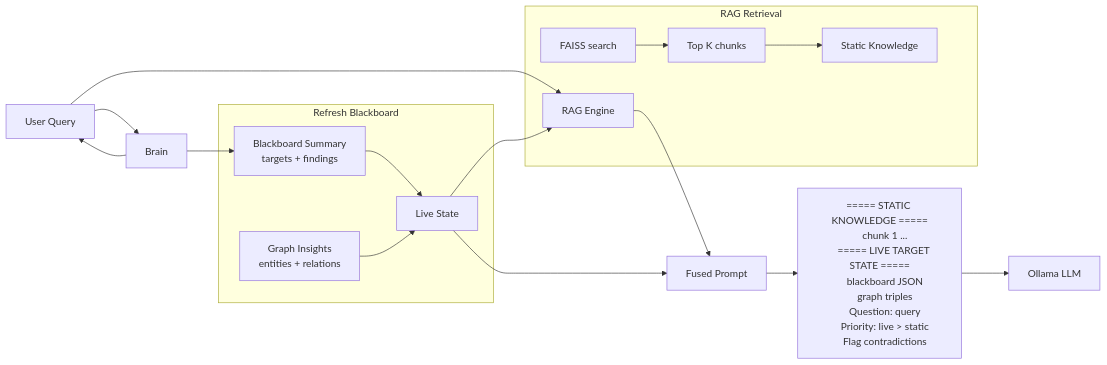
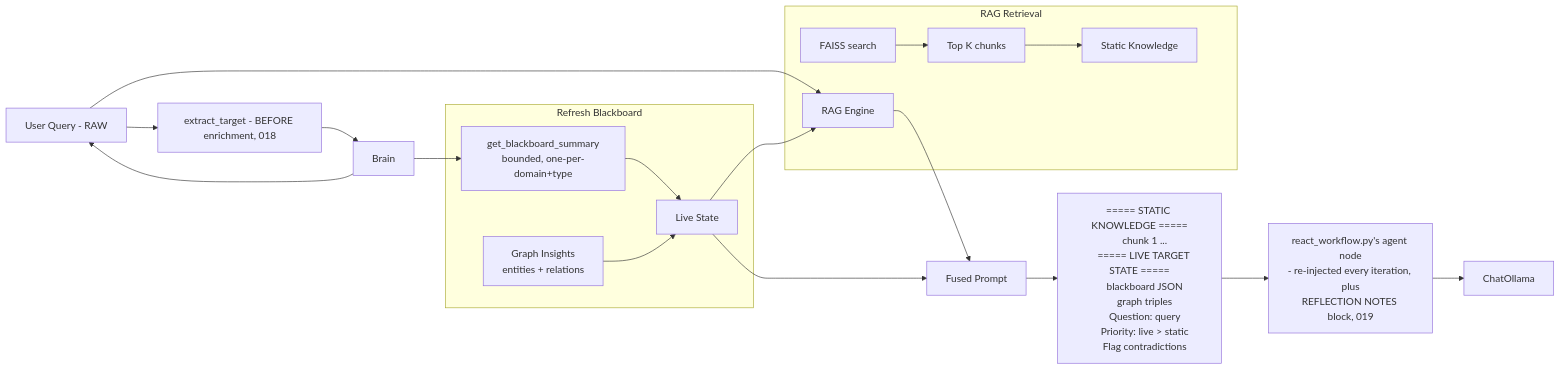
Before and after one commit to PhilopaterSh/Argus-Digilians: the sixth of 6 diagrams in docs/ARGUS_FRAMEWORK_ARCHITECTURE_v2.md, drawn with Mermaid. The commit also changed other lines of this file and 103 other files, not shown here.

````diff
--- a/docs/ARGUS_FRAMEWORK_ARCHITECTURE_v2.md
+++ b/docs/ARGUS_FRAMEWORK_ARCHITECTURE_v2.md
@@ -424,36 +431,38 @@
 ```mermaid
 flowchart LR
-    Q[User Query] --> Brain
+    Q[User Query - RAW] --> EXTRACT[extract_target - BEFORE enrichment, 018]
+    EXTRACT --> Brain
 
     subgraph "Refresh Blackboard"
-        BLACK[Blackboard Summary<br/>targets + findings]
+        BLACK[get_blackboard_summary<br/>bounded, one-per-domain+type]
         GRAPH[Graph Insights<br/>entities + relations]
         BLACK --> MERGE_BB[Live State]
         GRAPH --> MERGE_BB
     end
 
     subgraph "RAG Retrieval"
         RAG[RAG Engine]
         VS[FAISS search]
         VS --> CHUNKS[Top K chunks]
         CHUNKS --> MERGE_RAG[Static Knowledge]
     end
 
     Brain --> BLACK
     Brain --> Q
     Q --> RAG
     MERGE_BB --> RAG
     RAG --> MERGE[Fused Prompt]
     MERGE_BB --> MERGE
 
     MERGE --> PROMPT["===== STATIC KNOWLEDGE =====
     chunk 1 ...
     ===== LIVE TARGET STATE =====
     blackboard JSON
     graph triples
     Question: query
     Priority: live > static
     Flag contradictions"]
 
-    PROMPT --> LLM[Ollama LLM]
+    PROMPT --> GRAPHLOOP[react_workflow.py's agent node<br/>- re-injected every iteration, plus<br/>REFLECTION NOTES block, 019]
+    GRAPHLOOP --> LLM[ChatOllama]
 ```
````
